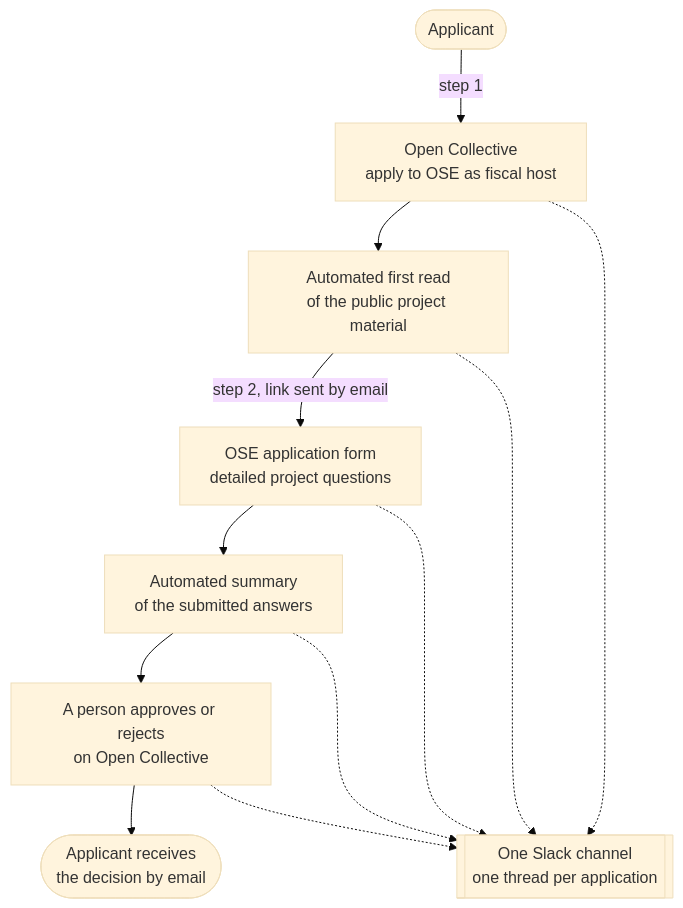
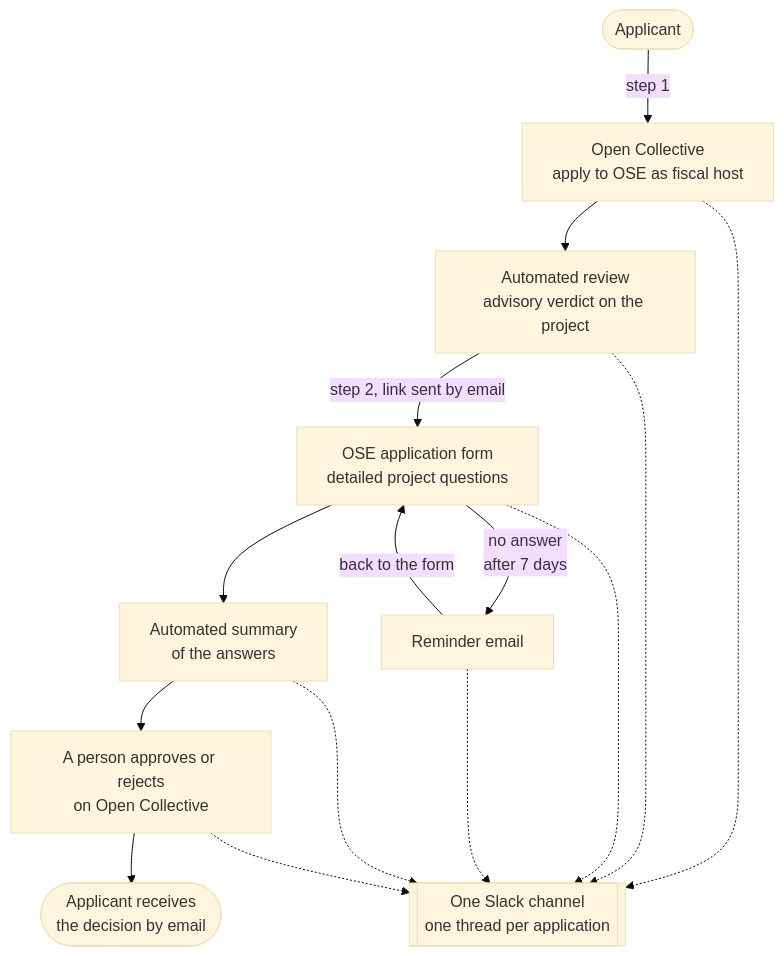
Before and after one commit to opensourceeurope/community: the diagram in README.md, drawn with Mermaid (base theme). The commit also changed other lines of this file, not shown here.

Commit message:
docs: the diagram shows the 7-day reminder and what the review returns

````diff
--- a/README.md
+++ b/README.md
@@ -16,17 +16,21 @@
 ```mermaid
 flowchart TD
     A(["Applicant"]) -->|"step 1"| OC["Open Collective<br>apply to OSE as fiscal host"]
-    OC --> AI["Automated first read<br>of the public project material"]
+    OC --> AI["Automated review<br>advisory verdict on the project"]
     AI -->|"step 2, link sent by email"| FORM["OSE application form<br>detailed project questions"]
-    FORM --> SUM["Automated summary<br>of the submitted answers"]
+    FORM --> SUM["Automated summary<br>of the answers"]
     SUM --> DEC["A person approves or rejects<br>on Open Collective"]
     DEC --> MAIL(["Applicant receives<br>the decision by email"])
+
+    FORM -->|"no answer<br>after 7 days"| REM["Reminder email"]
+    REM -->|"back to the form"| FORM
 
     OC -.-> SL
     AI -.-> SL
     FORM -.-> SL
+    REM -.-> SL
     SUM -.-> SL
     DEC -.-> SL
 
     SL[["One Slack channel<br>one thread per application"]]
 ```
````
